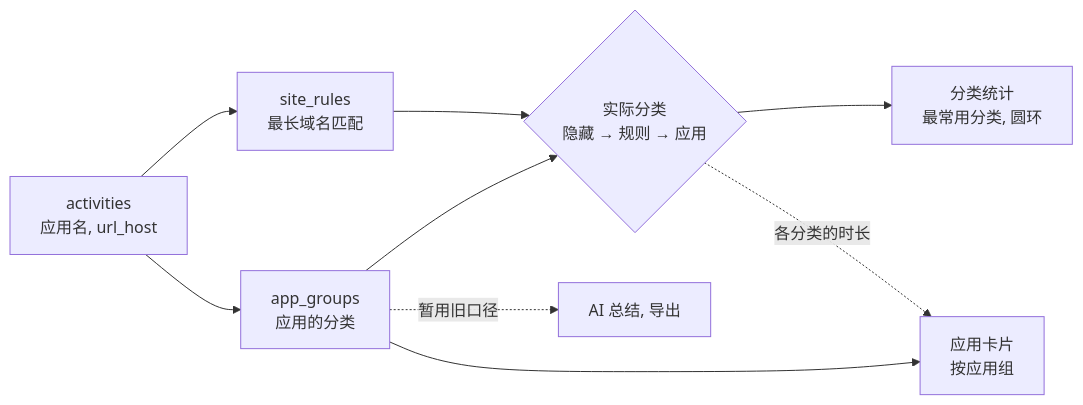
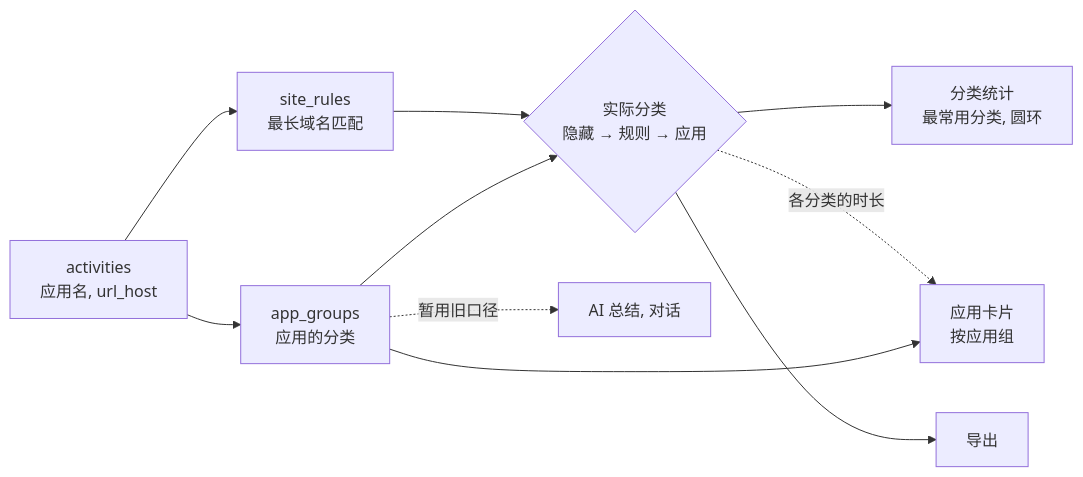
One commit to Tomotsugu-dev/Hindsight changed the first of 2 diagrams in docs/adr/zh/0013-site-category-rules.md. Above: the diagram before and after it, drawn with Mermaid. The commit also changed other lines of this file and 1 other file, not shown here.

````diff
--- a/docs/adr/zh/0013-site-category-rules.md
+++ b/docs/adr/zh/0013-site-category-rules.md
@@ -11,11 +11,12 @@
 ```mermaid
 flowchart LR
   A["activities<br/>应用名, url_host"] --> G["app_groups<br/>应用的分类"]
   A --> R["site_rules<br/>最长域名匹配"]
   G --> E{"实际分类<br/>隐藏 → 规则 → 应用"}
   R --> E
   E --> S["分类统计<br/>最常用分类, 圆环"]
   G --> P["应用卡片<br/>按应用组"]
+  E --> D["导出"]
   E -. 各分类的时长 .-> P
-  G -. 暂用旧口径 .-> X["AI 总结, 导出"]
+  G -. 暂用旧口径 .-> X["AI 总结, 对话"]
 ```
````
